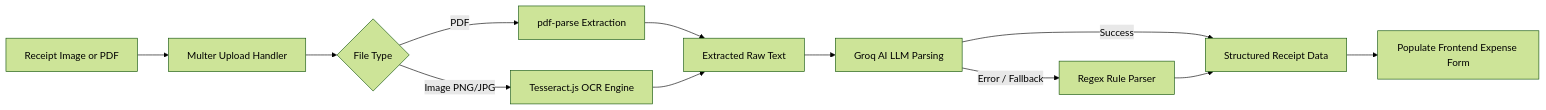
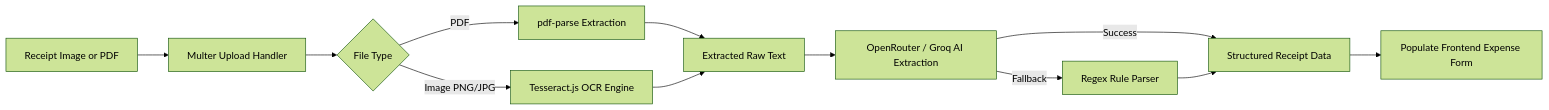
The first of 3 diagrams in README.md (Rushikesh678/nexustrip), drawn with Mermaid (forest theme) before and after one commit. The commit also changed other lines of this file, not shown here.

````diff
--- a/README.md
+++ b/README.md
@@ -122,14 +148,14 @@
 ```mermaid
 flowchart LR
     File[Receipt Image or PDF] --> Multer[Multer Upload Handler]
     Multer --> TypeCheck{File Type}
     TypeCheck -->|PDF| PDFParse[pdf-parse Extraction]
     TypeCheck -->|Image PNG/JPG| Tesseract[Tesseract.js OCR Engine]
     PDFParse --> RawText[Extracted Raw Text]
     Tesseract --> RawText
-    RawText --> Groq[Groq AI LLM Parsing]
-    Groq -->|Success| StructuredJSON[Structured Receipt Data]
-    Groq -->|Error / Fallback| RegexParser[Regex Rule Parser]
+    RawText --> OpenRouter[OpenRouter / Groq AI Extraction]
+    OpenRouter -->|Success| StructuredJSON[Structured Receipt Data]
+    OpenRouter -->|Fallback| RegexParser[Regex Rule Parser]
     RegexParser --> StructuredJSON
     StructuredJSON --> Client[Populate Frontend Expense Form]
 ```
````
